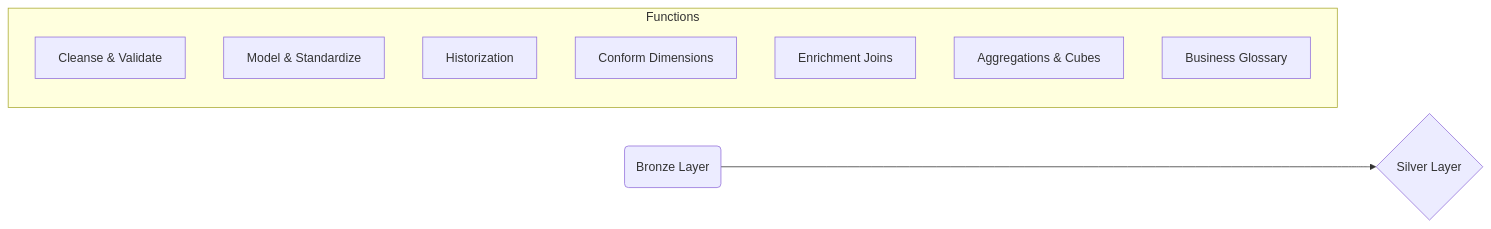
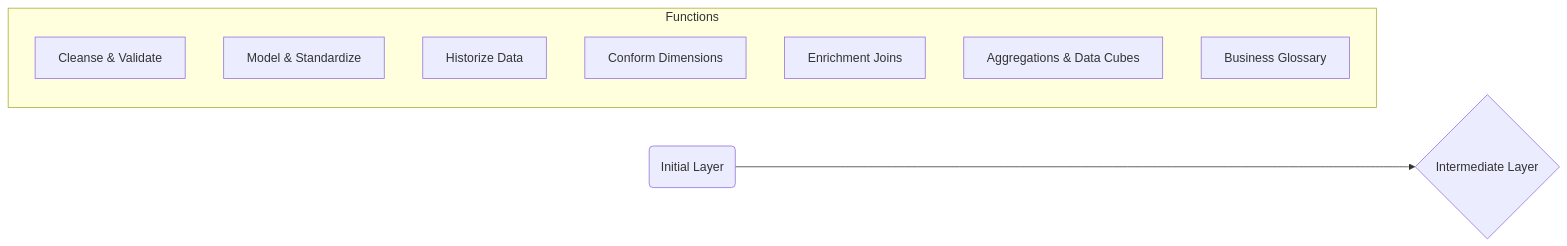
One commit to mgorav/MedallionArchitecture changed the seventh of 18 diagrams in readme.md. Above: the diagram before and after it, drawn with Mermaid. The commit also changed other lines of this file and 1 other file, not shown here.

````diff
--- a/readme.md
+++ b/readme.md
@@ -151,13 +144,13 @@
 ```mermaid
 graph LR
-B(Bronze Layer) --> C{Silver Layer}
+I(Initial Layer) --> C{Intermediate Layer}
 subgraph Functions  
 V[Cleanse & Validate]
 M[Model & Standardize]  
-H[Historization]
+H[Historize Data]
 D[Conform Dimensions]
 E[Enrichment Joins] 
-A[Aggregations & Cubes]
+A[Aggregations & Data Cubes]
 G[Business Glossary]
 end
 ```
````
